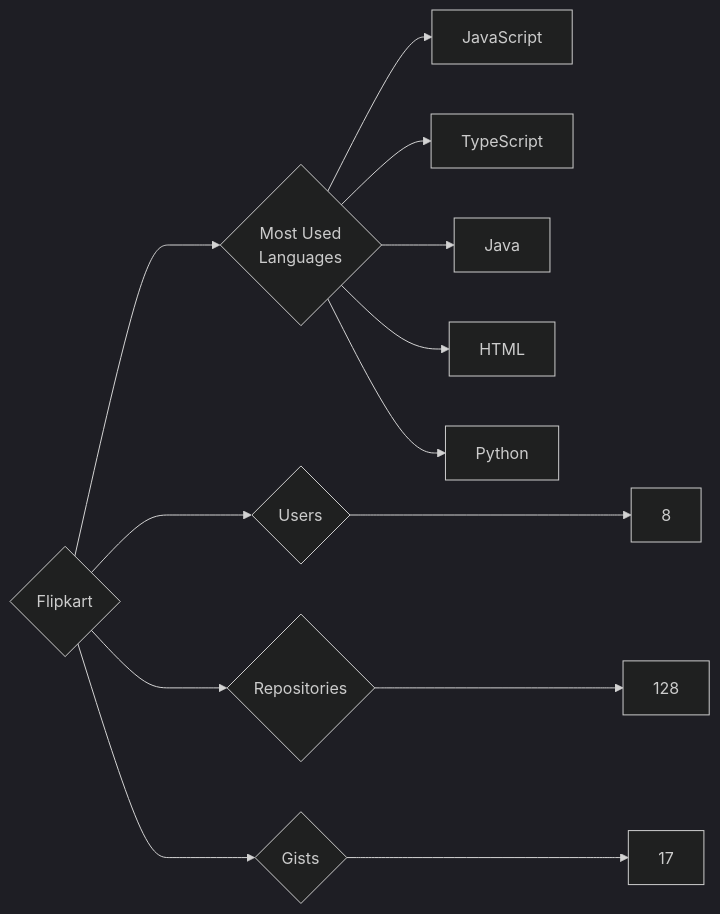
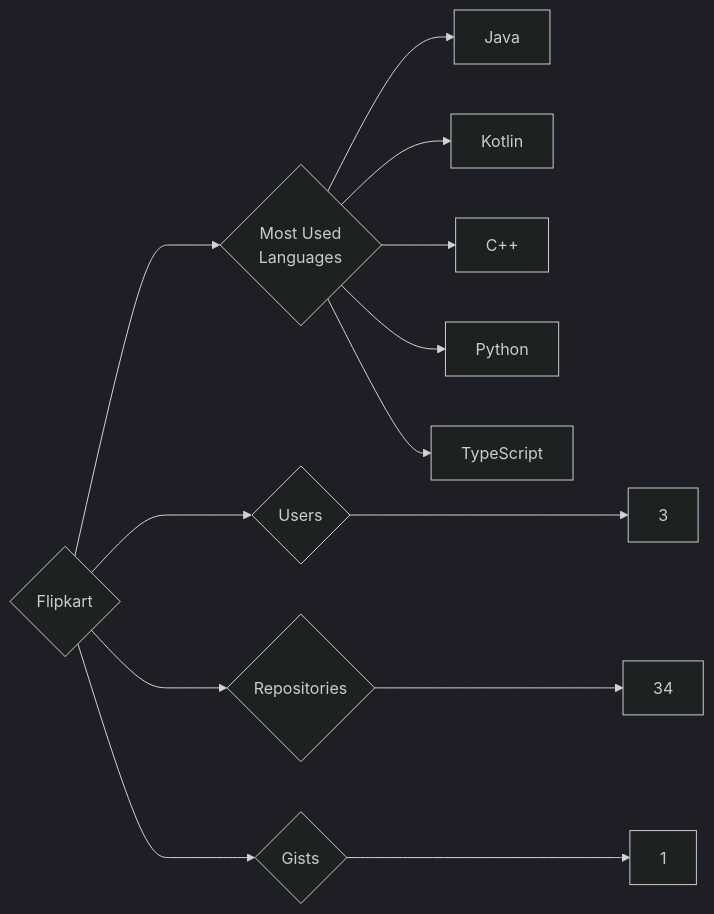
The diagram in targets/Flipkart/README.md (trickest/insiders), drawn with Mermaid (dark theme) before and after one commit. The commit also changed 1123 other files, not shown here.

````diff
--- a/targets/Flipkart/README.md
+++ b/targets/Flipkart/README.md
@@ -3,13 +3,13 @@
 ```mermaid
 graph LR
 COMPANY_NAME{Flipkart}
-COMPANY_NAME ---> U{Users} ---> UN[8]
-COMPANY_NAME ---> R{Repositories} ---> RN[128]
-COMPANY_NAME ---> G{Gists} ---> GN[17]
+COMPANY_NAME ---> U{Users} ---> UN[3]
+COMPANY_NAME ---> R{Repositories} ---> RN[34]
+COMPANY_NAME ---> G{Gists} ---> GN[1]
 COMPANY_NAME ---> ML{Most Used<br>Languages}
-ML --> JavaScript[JavaScript]
+ML --> Java[Java]
+ML --> Kotlin[Kotlin]
+ML --> C++[C++]
+ML --> Python[Python]
 ML --> TypeScript[TypeScript]
-ML --> Java[Java]
-ML --> HTML[HTML]
-ML --> Python[Python]
 ```
````
